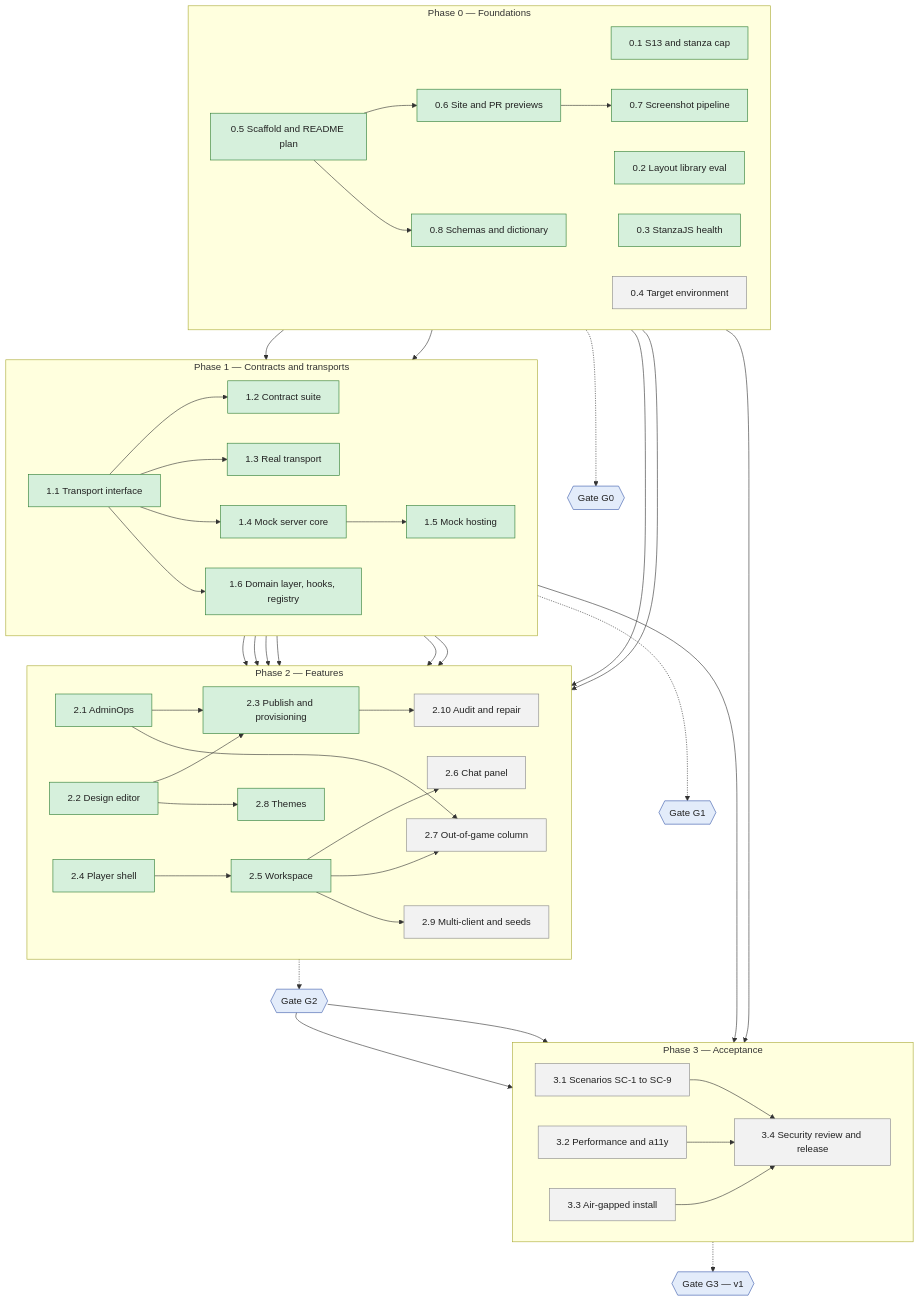
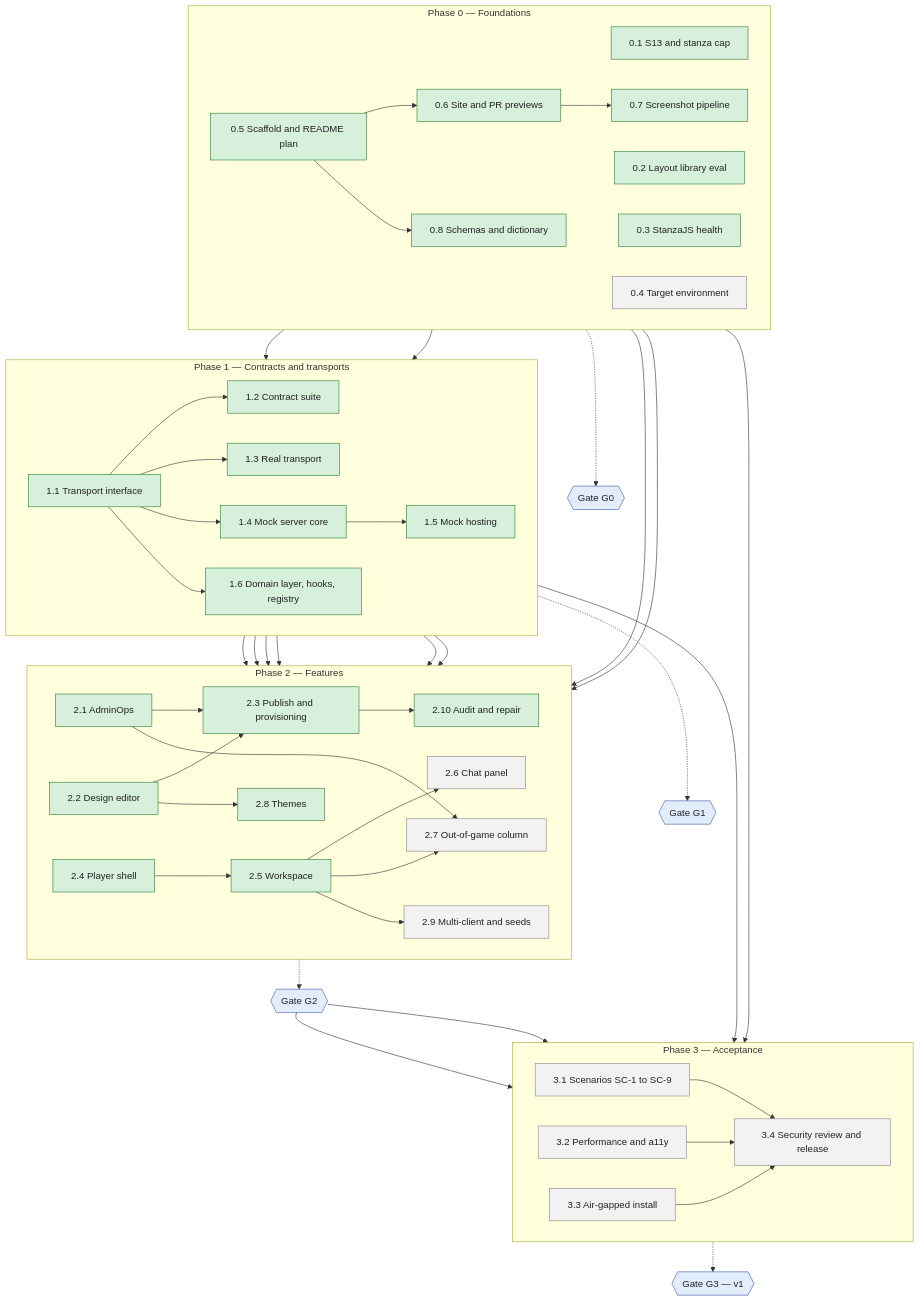
One commit to serge-web/war-rooms-x2 changed the diagram in README.md. Above: the diagram before and after it, drawn with Mermaid.

Commit message:
README: mark WP 2.10 done in the progress chart
Claude-Session: https://claude.ai/code/session_01TY1E6c57xxT5mxvjEfpJhn

````diff
--- a/README.md
+++ b/README.md
@@ -9,76 +9,76 @@
 ```mermaid
 flowchart TB
     subgraph P0["Phase 0 — Foundations"]
         direction LR
         wp01["0.1 S13 and stanza cap"]
         wp02["0.2 Layout library eval"]
         wp03["0.3 StanzaJS health"]
         wp04["0.4 Target environment"]
         wp05["0.5 Scaffold and README plan"]
         wp06["0.6 Site and PR previews"]
         wp07["0.7 Screenshot pipeline"]
         wp08["0.8 Schemas and dictionary"]
     end
     subgraph P1["Phase 1 — Contracts and transports"]
         direction LR
         wp11["1.1 Transport interface"]
         wp12["1.2 Contract suite"]
         wp13["1.3 Real transport"]
         wp14["1.4 Mock server core"]
         wp15["1.5 Mock hosting"]
         wp16["1.6 Domain layer, hooks, registry"]
     end
     subgraph P2["Phase 2 — Features"]
         direction LR
         wp21["2.1 AdminOps"]
         wp22["2.2 Design editor"]
         wp23["2.3 Publish and provisioning"]
         wp210["2.10 Audit and repair"]
         wp24["2.4 Player shell"]
         wp25["2.5 Workspace"]
         wp26["2.6 Chat panel"]
         wp27["2.7 Out-of-game column"]
         wp28["2.8 Themes"]
         wp29["2.9 Multi-client and seeds"]
     end
     subgraph P3["Phase 3 — Acceptance"]
         direction LR
         wp31["3.1 Scenarios SC-1 to SC-9"]
         wp32["3.2 Performance and a11y"]
         wp33["3.3 Air-gapped install"]
         wp34["3.4 Security review and release"]
     end
     G0{{"Gate G0"}}
     G1{{"Gate G1"}}
     G2{{"Gate G2"}}
     G3{{"Gate G3 — v1"}}
 
     wp05 --> wp06 --> wp07
     wp05 --> wp08
     wp03 & wp08 --> wp11
     wp11 --> wp12 & wp13 & wp14 & wp16
     wp14 --> wp15
     wp13 & wp16 & wp01 --> wp21
     wp16 --> wp22
     wp21 & wp22 --> wp23 --> wp210
     wp16 --> wp24
     wp02 & wp24 --> wp25 --> wp26
     wp25 & wp21 --> wp27
     wp16 & wp22 --> wp28
     wp15 & wp25 --> wp29
     wp04 & wp13 --> wp33
     wp31 & wp32 & wp33 --> wp34
     P0 -.-> G0
     P1 -.-> G1
     P2 -.-> G2
     G2 --> wp31 & wp32
     P3 -.-> G3
 
     classDef todo fill:#f2f2f2,stroke:#888,color:#222
     classDef active fill:#fff1c2,stroke:#c9a000,color:#222,stroke-width:2px
     classDef done fill:#d6f0dc,stroke:#2e7d32,color:#222
     classDef gate fill:#e3ecfa,stroke:#3b5bab,color:#222
-    class wp04,wp210,wp26,wp27,wp29,wp31,wp32,wp33,wp34 todo
-    class wp01,wp02,wp03,wp05,wp06,wp07,wp08,wp11,wp12,wp13,wp14,wp15,wp16,wp21,wp22,wp23,wp24,wp25,wp28 done
+    class wp04,wp26,wp27,wp29,wp31,wp32,wp33,wp34 todo
+    class wp01,wp02,wp03,wp05,wp06,wp07,wp08,wp11,wp12,wp13,wp14,wp15,wp16,wp21,wp22,wp23,wp24,wp25,wp28,wp210 done
     class G0,G1,G2,G3 gate
 ```
````
